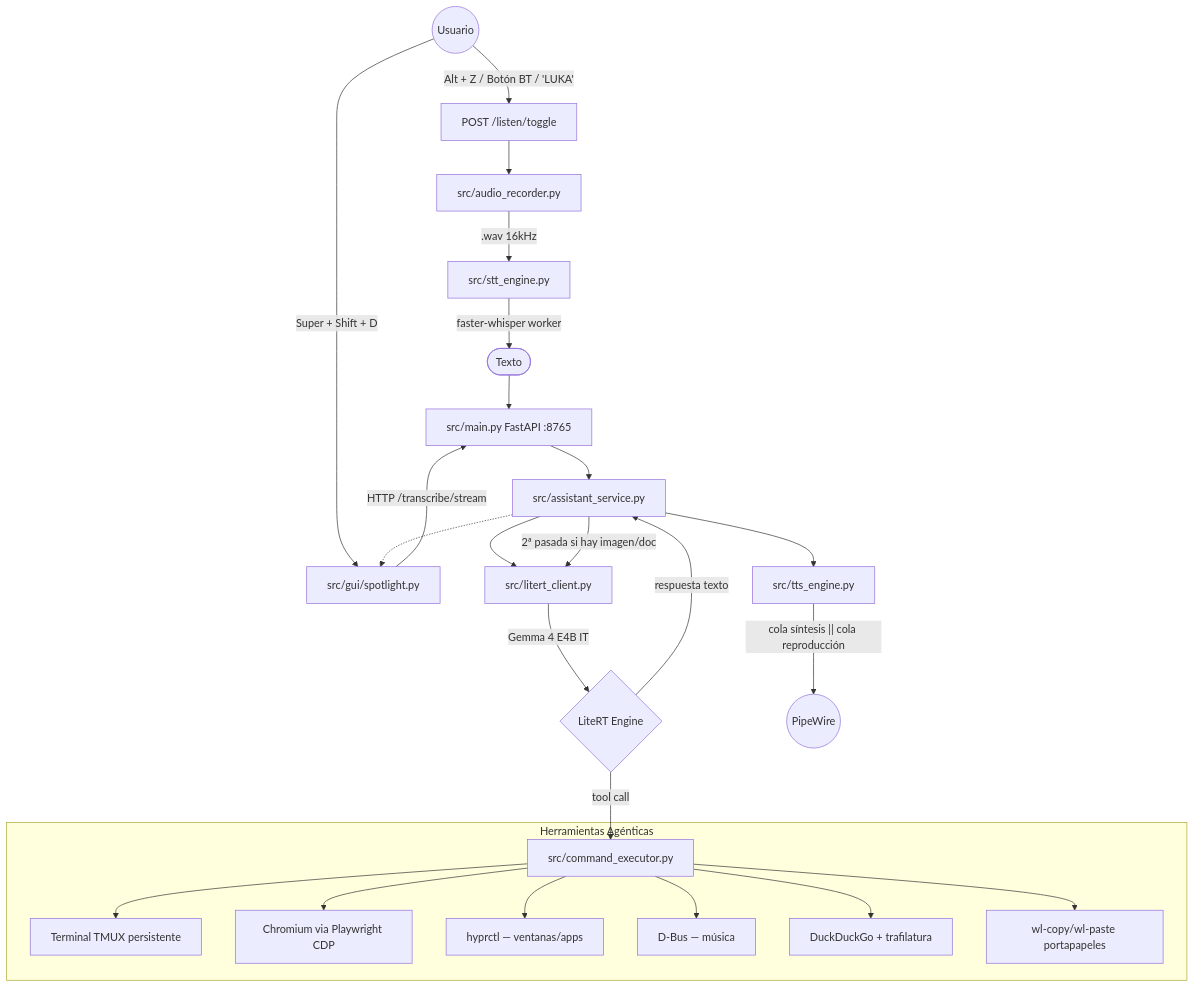
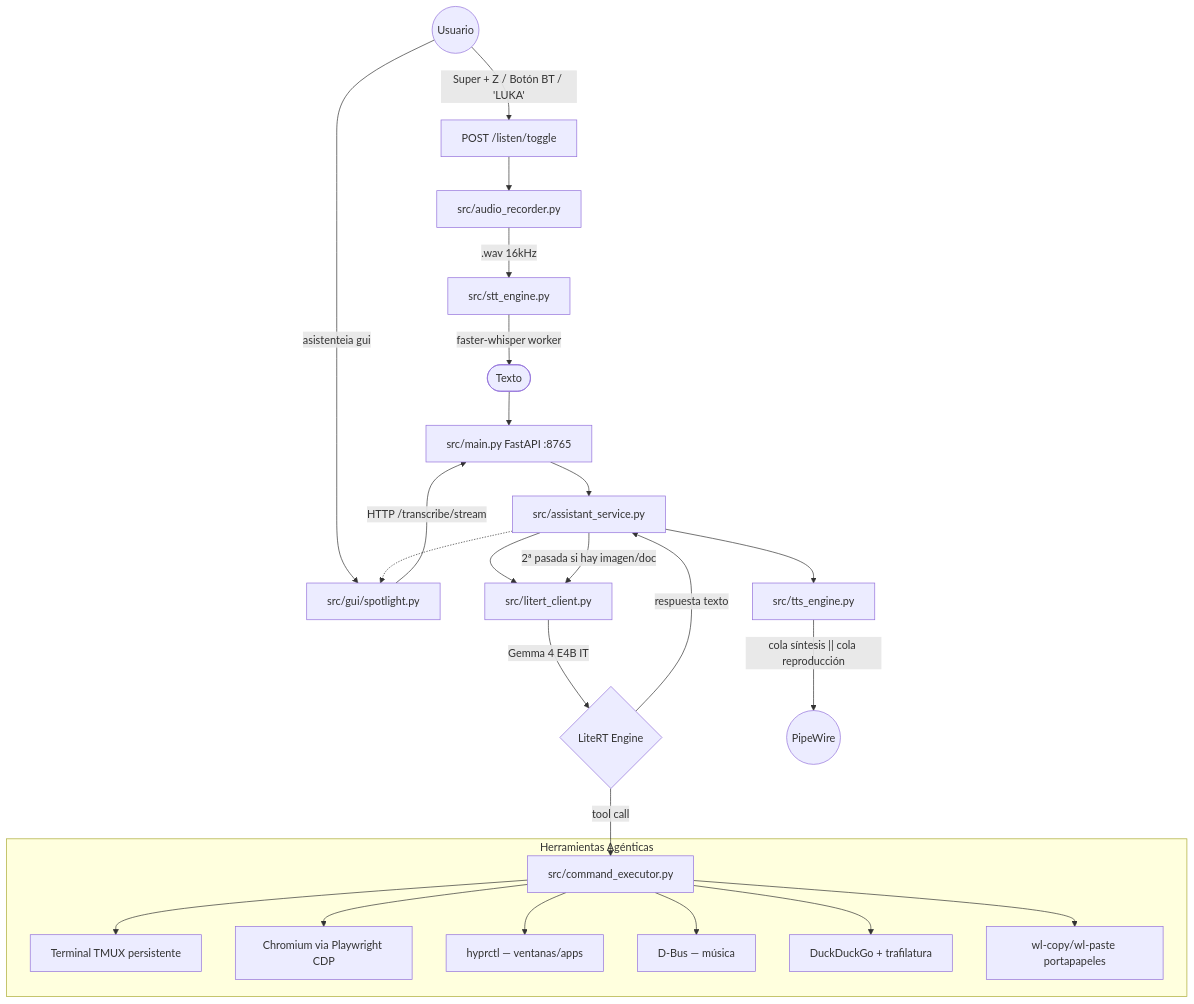
One commit to vicherarr/asistenteIaOmarchy changed the diagram in README.md. Above: the diagram before and after it, drawn with Mermaid. The commit also changed other lines of this file, not shown here.

````diff
--- a/README.md
+++ b/README.md
@@ -17,33 +17,33 @@
 ```mermaid
 graph TD
-    User((Usuario)) -- "Alt + Z / Botón BT / 'LUKA'" --> Toggle[POST /listen/toggle]
-    User -- "Super + Shift + D" --> Spotlight[src/gui/spotlight.py]
+    User((Usuario)) -- "Super + Z / Botón BT / 'LUKA'" --> Toggle[POST /listen/toggle]
+    User -- "asistenteia gui" --> Spotlight[src/gui/spotlight.py]
 
     Toggle --> Rec[src/audio_recorder.py]
     Rec -- ".wav 16kHz" --> STT[src/stt_engine.py]
     STT -- "faster-whisper worker" --> Text([Texto])
 
     Text --> API[src/main.py FastAPI :8765]
     Spotlight -- "HTTP /transcribe/stream" --> API
     API --> Service[src/assistant_service.py]
     Service --> Client[src/litert_client.py]
     Client -- "Gemma 4 E4B IT" --> Engine{LiteRT Engine}
 
     Engine -- "tool call" --> Tools[src/command_executor.py]
 
     subgraph "Herramientas Agénticas"
         Tools --> Tmux[Terminal TMUX persistente]
         Tools --> CDP[Chromium via Playwright CDP]
         Tools --> Hypr[hyprctl — ventanas/apps]
         Tools --> Spotify[D-Bus — música]
         Tools --> Web[DuckDuckGo + trafilatura]
         Tools --> Clip[wl-copy/wl-paste portapapeles]
     end
 
     Engine -- "respuesta texto" --> Service
     Service -- "2ª pasada si hay imagen/doc" --> Client
 
     Service --> TTS[src/tts_engine.py]
     TTS -- "cola síntesis || cola reproducción" --> Audio((PipeWire))
     Service -.-> Spotlight
 ```
````
